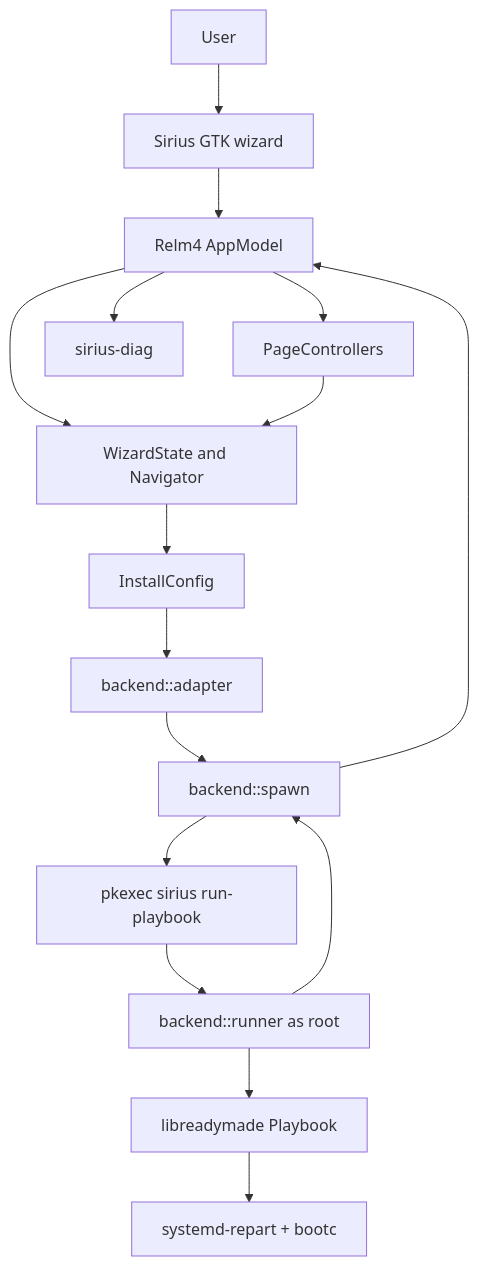
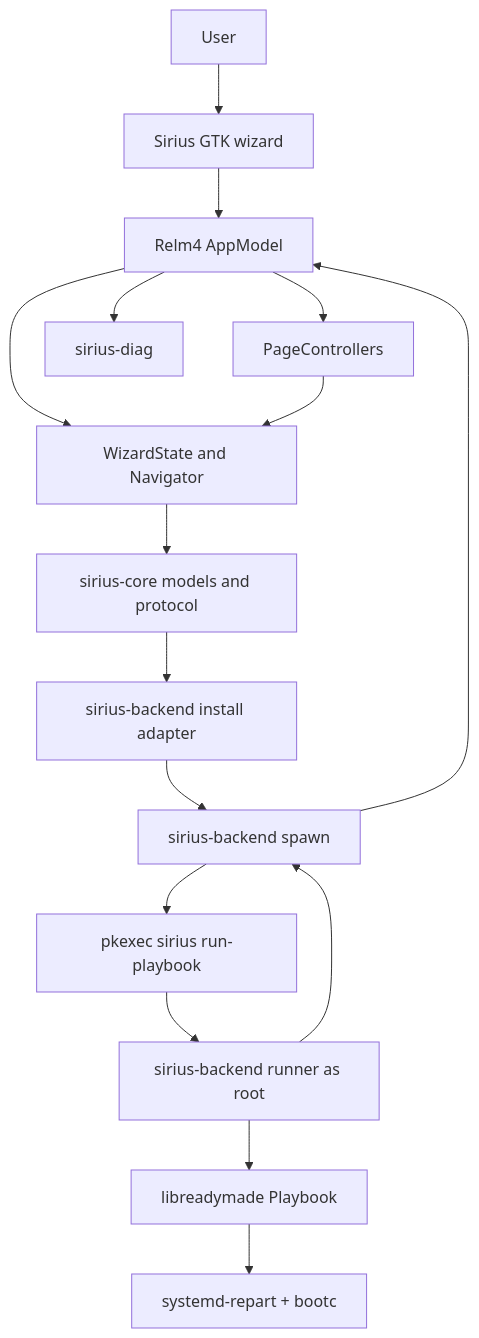
One commit to luminusOS/sirius changed the first of 8 diagrams in ARCHITECTURE.md. Above: the diagram before and after it, drawn with Mermaid. The commit also changed other lines of this file and 103 other files, not shown here.

First line of the commit message:
refactor: split into core/backend/app crates, GNOME-style pages, 1.2.0

````diff
--- a/ARCHITECTURE.md
+++ b/ARCHITECTURE.md
@@ -7,18 +9,18 @@
 ```mermaid
 flowchart TD
   User[User] --> UI[Sirius GTK wizard]
   UI --> Relm[Relm4 AppModel]
   Relm --> Pages[PageControllers]
   Relm --> State[WizardState and Navigator]
   Pages --> State
-  State --> CfgModel[InstallConfig]
+  State --> Core[sirius-core models and protocol]
   Relm --> Diag[sirius-diag]
-  CfgModel --> Adapter[backend::adapter]
-  Adapter --> Spawn[backend::spawn]
+  Core --> Install[sirius-backend install adapter]
+  Install --> Spawn[sirius-backend spawn]
   Spawn --> Pkexec[pkexec sirius run-playbook]
-  Pkexec --> Runner[backend::runner as root]
+  Pkexec --> Runner[sirius-backend runner as root]
   Runner --> Ready[libreadymade Playbook]
   Ready --> Disk[systemd-repart + bootc]
   Runner --> Spawn
   Spawn --> Relm
 ```
````
